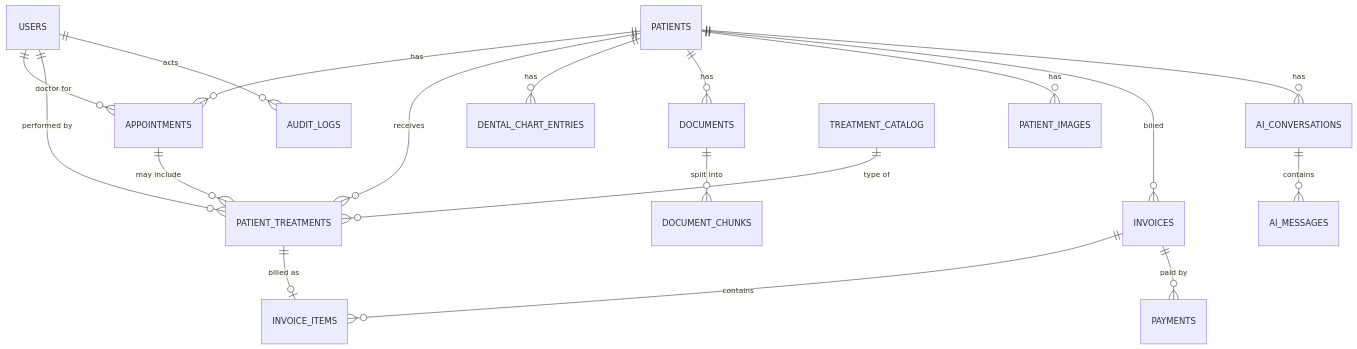
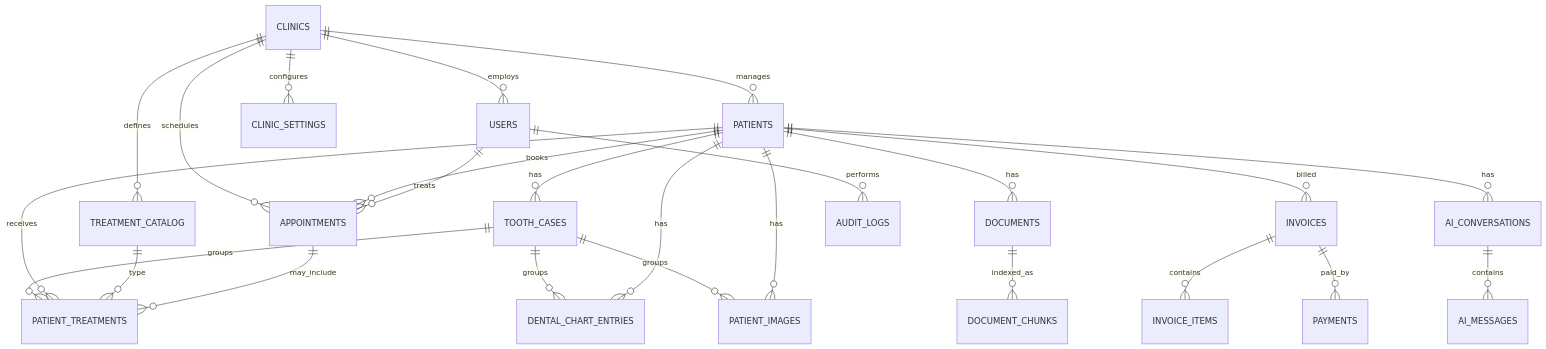
One commit to Sherry050-tech/Dent-Dungeon changed the diagram in docs/database.md. Above: the diagram before and after it, drawn with Mermaid. The commit also changed other lines of this file and 19 other files, not shown here.

Commit message:
Set up FastAPI, Supabase connection, and initial Alembic migrations for users and clinics

````diff
--- a/docs/database.md
+++ b/docs/database.md
@@ -31,20 +38,27 @@
 ```mermaid
 erDiagram
-    USERS ||--o{ APPOINTMENTS : "doctor for"
-    USERS ||--o{ PATIENT_TREATMENTS : "performed by"
-    USERS ||--o{ AUDIT_LOGS : "acts"
-    PATIENTS ||--o{ APPOINTMENTS : has
+    CLINICS ||--o{ USERS : employs
+    CLINICS ||--o{ PATIENTS : manages
+    CLINICS ||--o{ APPOINTMENTS : schedules
+    CLINICS ||--o{ TREATMENT_CATALOG : defines
+    CLINICS ||--o{ CLINIC_SETTINGS : configures
+    PATIENTS ||--o{ APPOINTMENTS : books
+    USERS ||--o{ APPOINTMENTS : treats
+    PATIENTS ||--o{ TOOTH_CASES : has
+    TOOTH_CASES ||--o{ PATIENT_TREATMENTS : groups
+    TOOTH_CASES ||--o{ DENTAL_CHART_ENTRIES : groups
+    TOOTH_CASES ||--o{ PATIENT_IMAGES : groups
     PATIENTS ||--o{ PATIENT_TREATMENTS : receives
     PATIENTS ||--o{ DENTAL_CHART_ENTRIES : has
     PATIENTS ||--o{ DOCUMENTS : has
     PATIENTS ||--o{ PATIENT_IMAGES : has
     PATIENTS ||--o{ INVOICES : billed
+    INVOICES ||--o{ INVOICE_ITEMS : contains
+    INVOICES ||--o{ PAYMENTS : paid_by
+    TREATMENT_CATALOG ||--o{ PATIENT_TREATMENTS : type
+    APPOINTMENTS ||--o{ PATIENT_TREATMENTS : may_include
+    DOCUMENTS ||--o{ DOCUMENT_CHUNKS : indexed_as
     PATIENTS ||--o{ AI_CONVERSATIONS : has
-    TREATMENT_CATALOG ||--o{ PATIENT_TREATMENTS : "type of"
-    APPOINTMENTS ||--o{ PATIENT_TREATMENTS : "may include"
-    INVOICES ||--o{ INVOICE_ITEMS : contains
-    INVOICES ||--o{ PAYMENTS : "paid by"
-    PATIENT_TREATMENTS ||--o| INVOICE_ITEMS : "billed as"
-    DOCUMENTS ||--o{ DOCUMENT_CHUNKS : "split into"
     AI_CONVERSATIONS ||--o{ AI_MESSAGES : contains
+    USERS ||--o{ AUDIT_LOGS : performs
 ```
````
